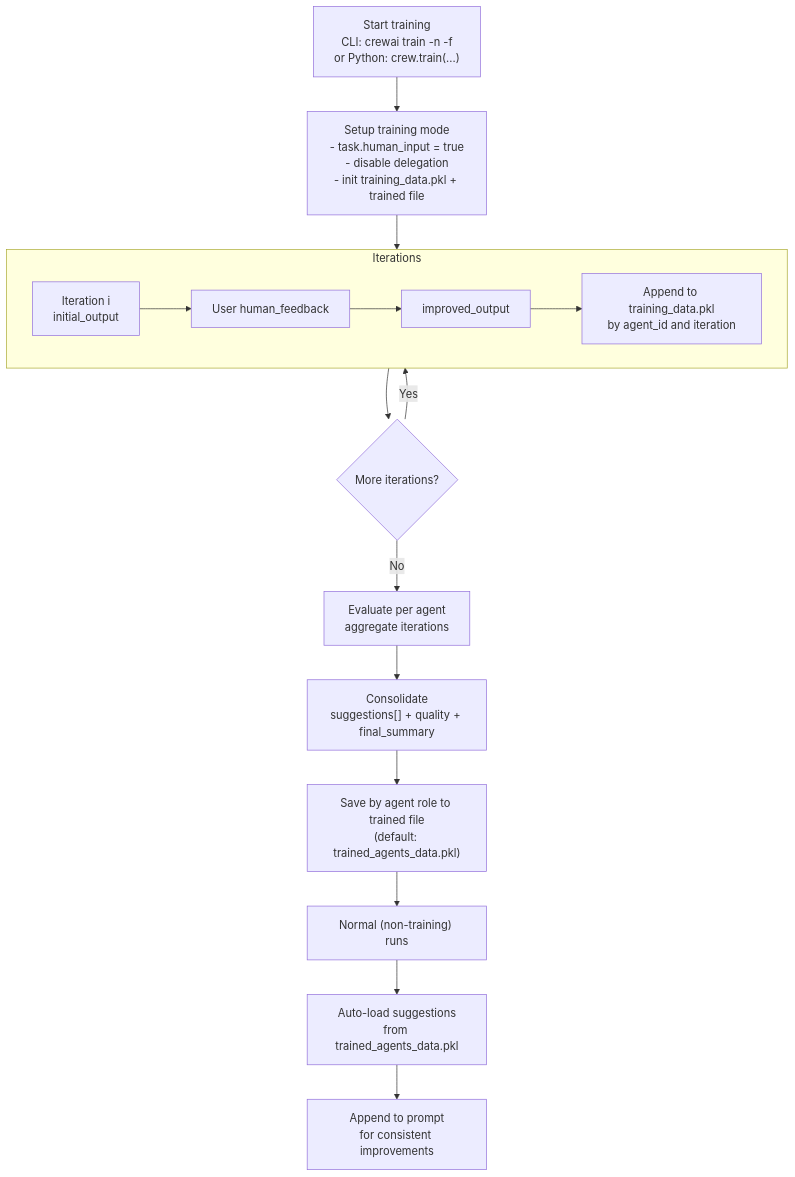
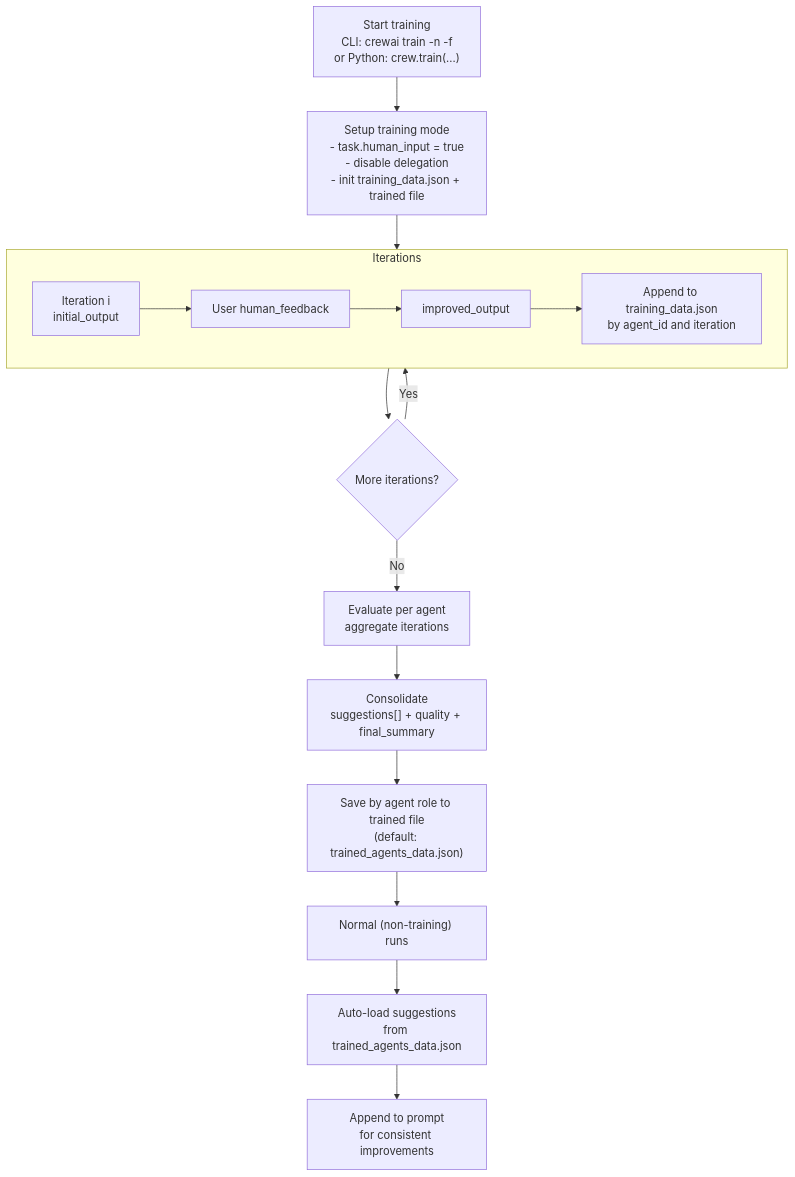
The diagram in docs/edge/ar/concepts/training.mdx (crewAIInc/crewAI), drawn with Mermaid before and after one commit. The commit also changed other lines of this file and 28 other files, not shown here.

Commit message:
fix(training): store training data as JSON

````diff
--- a/docs/edge/ar/concepts/training.mdx
+++ b/docs/edge/ar/concepts/training.mdx
@@ -65,23 +65,23 @@
 ```mermaid
 flowchart TD
-  A["Start training<br/>CLI: crewai train -n -f<br/>or Python: crew.train(...)"] --> B["Setup training mode<br/>- task.human_input = true<br/>- disable delegation<br/>- init training_data.pkl + trained file"]
+  A["Start training<br/>CLI: crewai train -n -f<br/>or Python: crew.train(...)"] --> B["Setup training mode<br/>- task.human_input = true<br/>- disable delegation<br/>- init training_data.json + trained file"]
 
   subgraph "Iterations"
     direction LR
     C["Iteration i<br/>initial_output"] --> D["User human_feedback"]
     D --> E["improved_output"]
-    E --> F["Append to training_data.pkl<br/>by agent_id and iteration"]
+    E --> F["Append to training_data.json<br/>by agent_id and iteration"]
   end
 
   B --> C
   F --> G{"More iterations?"}
   G -- "Yes" --> C
   G -- "No" --> H["Evaluate per agent<br/>aggregate iterations"]
 
   H --> I["Consolidate<br/>suggestions[] + quality + final_summary"]
-  I --> J["Save by agent role to trained file<br/>(default: trained_agents_data.pkl)"]
+  I --> J["Save by agent role to trained file<br/>(default: trained_agents_data.json)"]
 
   J --> K["Normal (non-training) runs"]
-  K --> L["Auto-load suggestions<br/>from trained_agents_data.pkl"]
+  K --> L["Auto-load suggestions<br/>from trained_agents_data.json"]
   L --> M["Append to prompt<br/>for consistent improvements"]
 ```
````
